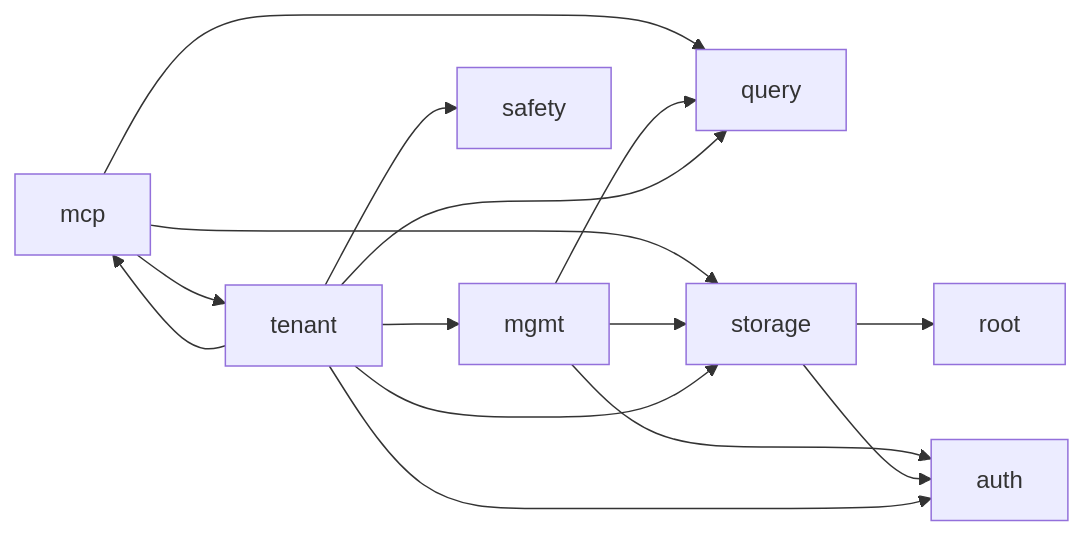
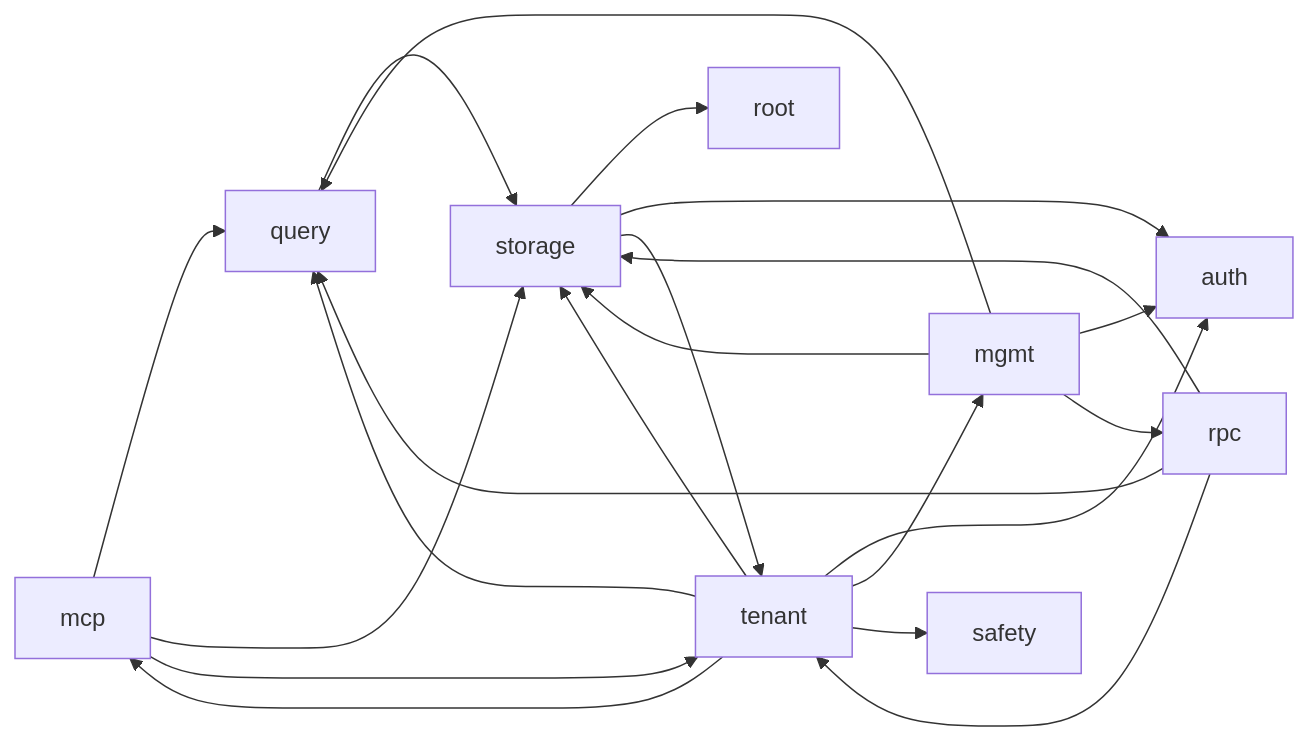
Before and after one commit to KaelLim/drust: the diagram in docs/architecture.md, drawn with Mermaid. The commit also changed other lines of this file, not shown here.

Commit message:
docs(architecture): regen — pick up docs viewer + upload-limit fix

````diff
--- a/docs/architecture.md
+++ b/docs/architecture.md
@@ -33,17 +34,23 @@
 ```mermaid
 graph LR
   mcp --> query
   mcp --> storage
   mcp --> tenant
   mgmt --> auth
   mgmt --> query
+  mgmt --> rpc
   mgmt --> storage
+  query --> storage
+  rpc --> query
+  rpc --> storage
+  rpc --> tenant
   storage --> root
   storage --> auth
+  storage --> tenant
   tenant --> auth
   tenant --> mcp
   tenant --> mgmt
   tenant --> query
   tenant --> safety
   tenant --> storage
 ```
````
